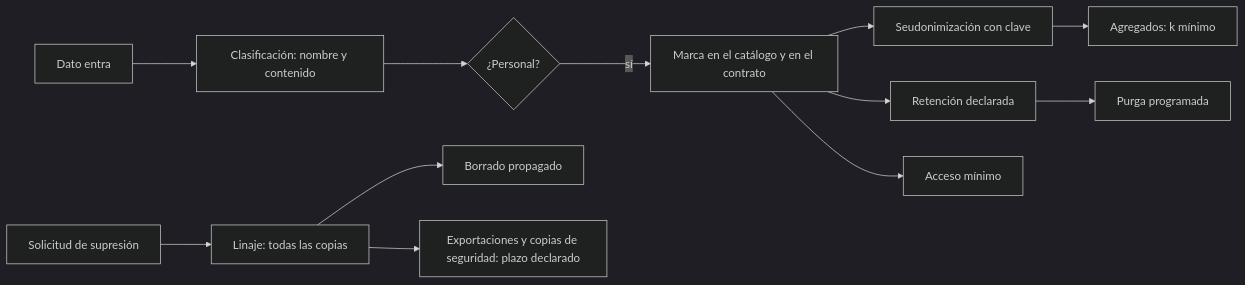
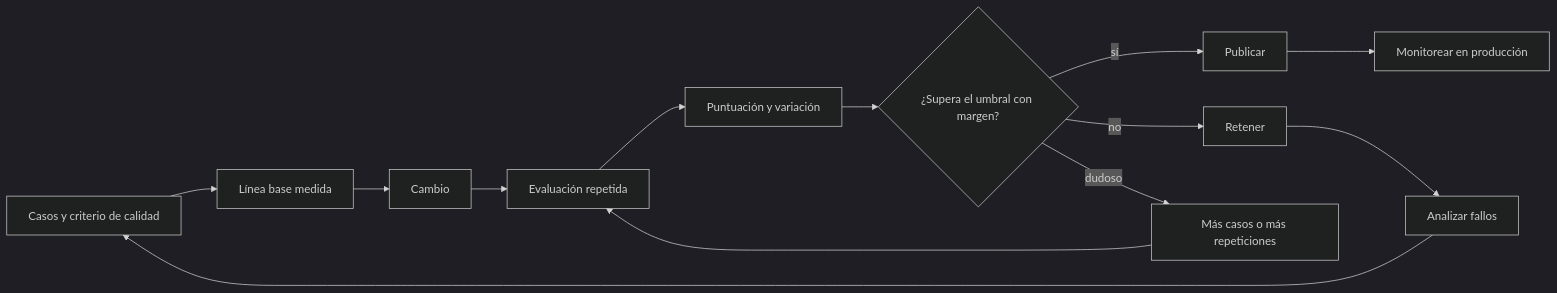
Before and after one commit to vladimiracunadev-create/modern-software-engineering-program: the diagram in content/part-45/SE-549.md, drawn with Mermaid (dark theme). The commit also changed other lines of this file and 5193 other files, not shown here.

````diff
--- a/content/part-45/SE-549.md
+++ b/content/part-45/SE-549.md
@@ -56,14 +58,15 @@
 ```mermaid
 flowchart LR
-    A[Dato entra] --> B[Clasificación: nombre y contenido]
-    B --> C{¿Personal?}
-    C -->|sí| D[Marca en el catálogo y en el contrato]
-    D --> E[Seudonimización con clave]
-    D --> F[Retención declarada]
-    D --> G[Acceso mínimo]
-    E --> H[Agregados: k mínimo]
-    F --> I[Purga programada]
-    J[Solicitud de supresión] --> K[Linaje: todas las copias]
-    K --> L[Borrado propagado]
-    K --> M[Exportaciones y copias de seguridad: plazo declarado]
+    A[Casos y criterio de calidad] --> B[Línea base medida]
+    B --> C[Cambio]
+    C --> D[Evaluación repetida]
+    D --> E[Puntuación y variación]
+    E --> F{¿Supera el umbral con margen?}
+    F -->|sí| G[Publicar]
+    F -->|no| H[Retener]
+    F -->|dudoso| I[Más casos o más repeticiones]
+    I --> D
+    G --> J[Monitorear en producción]
+    H --> K[Analizar fallos]
+    K --> A
 ```
````
